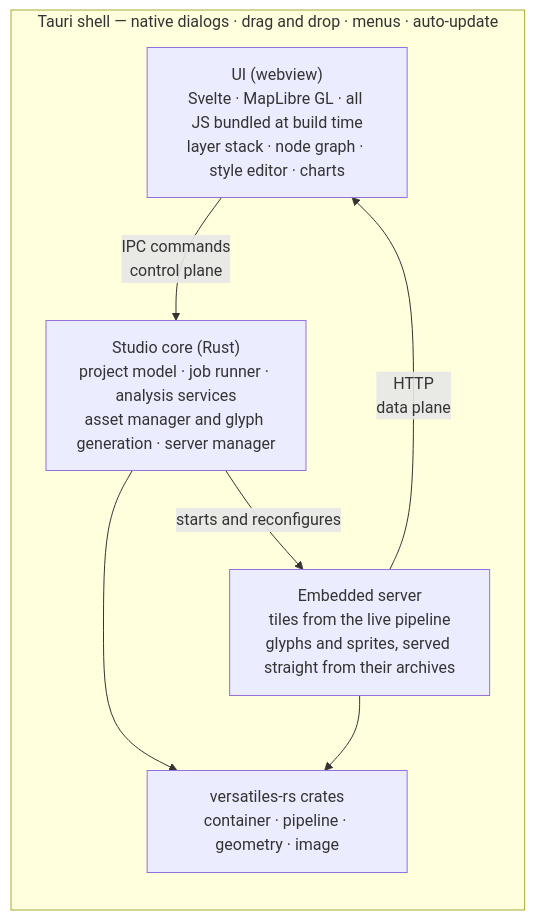
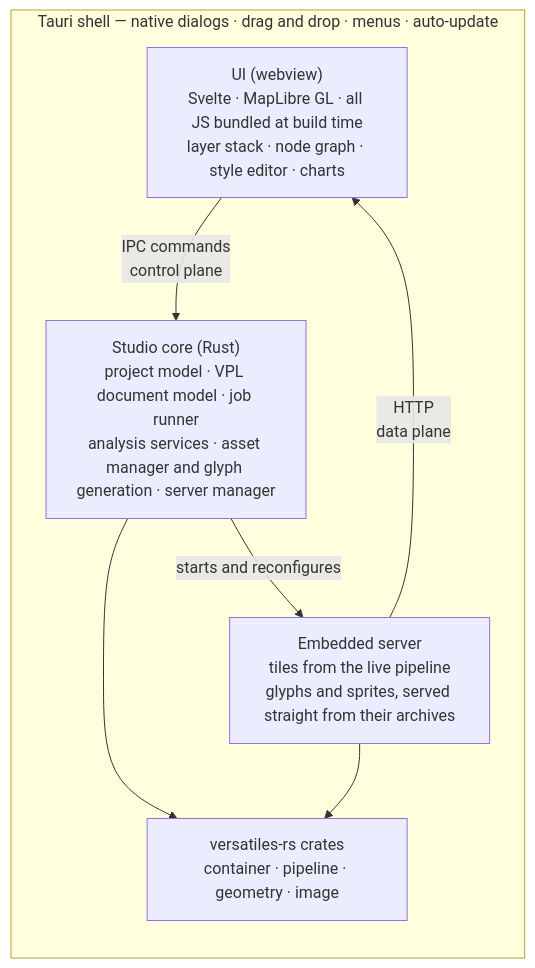
The diagram in docs/architecture.md (versatiles-org/versatiles-studio), drawn with Mermaid before and after one commit. The commit also changed other lines of this file and 5 other files, not shown here.

Commit message:
docs: update architecture, audiences, ecosystem, features, roadmap, and vision documentation to clarify project scope and decisions for release 1

````diff
--- a/docs/architecture.md
+++ b/docs/architecture.md
@@ -7,15 +8,15 @@
 ```mermaid
 flowchart LR
   subgraph shell["Tauri shell — native dialogs · drag and drop · menus · auto-update"]
     ui["UI (webview)<br/>Svelte · MapLibre GL · all JS bundled at build time<br/>layer stack · node graph · style editor · charts"]
-    core["Studio core (Rust)<br/>project model · job runner · analysis services<br/>asset manager and glyph generation · server manager"]
+    core["Studio core (Rust)<br/>project model · VPL document model · job runner<br/>analysis services · asset manager and glyph generation · server manager"]
     server["Embedded server<br/>tiles from the live pipeline<br/>glyphs and sprites, served straight from their archives"]
     crates["versatiles-rs crates<br/>container · pipeline · geometry · image"]
   end
 
   ui -->|"IPC commands<br/>control plane"| core
   server -->|"HTTP<br/>data plane"| ui
   core -->|"starts and reconfigures"| server
   core --> crates
   server --> crates
 ```
````
